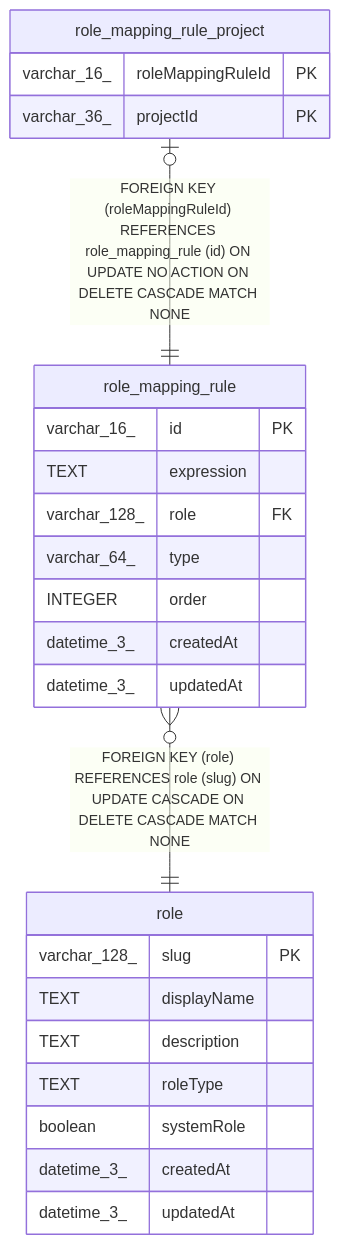
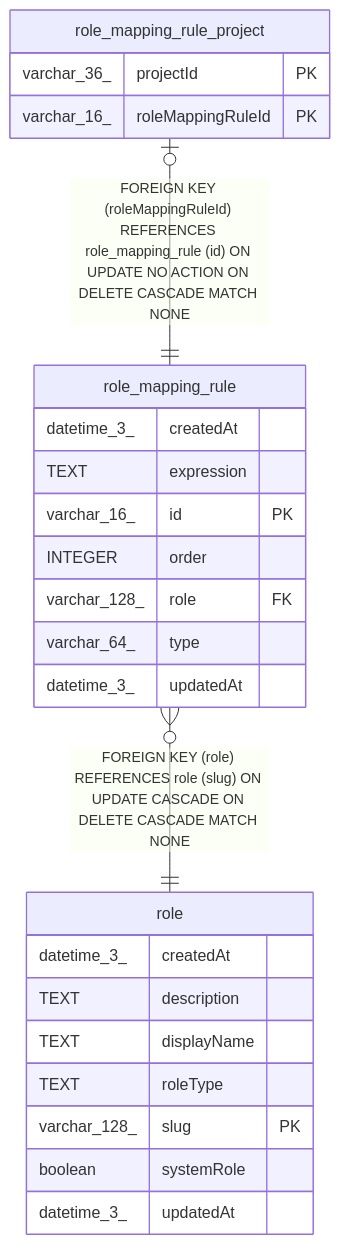
The diagram in docs/generated/sqlite-schema/role_mapping_rule.md (mayankjain1815-commits/n8n), drawn with Mermaid before and after one commit. The commit also changed other lines of this file and 221 other files, not shown here.

Commit message:
chore(core): Make DB schema docs generation deterministic (#32373)

````diff
--- a/docs/generated/sqlite-schema/role_mapping_rule.md
+++ b/docs/generated/sqlite-schema/role_mapping_rule.md
@@ -45,29 +45,29 @@
 ```mermaid
 erDiagram
 
 "role_mapping_rule_project" |o--|| "role_mapping_rule" : "FOREIGN KEY (roleMappingRuleId) REFERENCES role_mapping_rule (id) ON UPDATE NO ACTION ON DELETE CASCADE MATCH NONE"
 "role_mapping_rule" }o--|| "role" : "FOREIGN KEY (role) REFERENCES role (slug) ON UPDATE CASCADE ON DELETE CASCADE MATCH NONE"
 
 "role_mapping_rule" {
+  datetime_3_ createdAt
+  TEXT expression
   varchar_16_ id PK
-  TEXT expression
+  INTEGER order
   varchar_128_ role FK
   varchar_64_ type
-  INTEGER order
-  datetime_3_ createdAt
   datetime_3_ updatedAt
 }
 "role_mapping_rule_project" {
+  varchar_36_ projectId PK
   varchar_16_ roleMappingRuleId PK
-  varchar_36_ projectId PK
 }
 "role" {
+  datetime_3_ createdAt
+  TEXT description
+  TEXT displayName
+  TEXT roleType
   varchar_128_ slug PK
-  TEXT displayName
-  TEXT description
-  TEXT roleType
   boolean systemRole
-  datetime_3_ createdAt
   datetime_3_ updatedAt
 }
 ```
````
